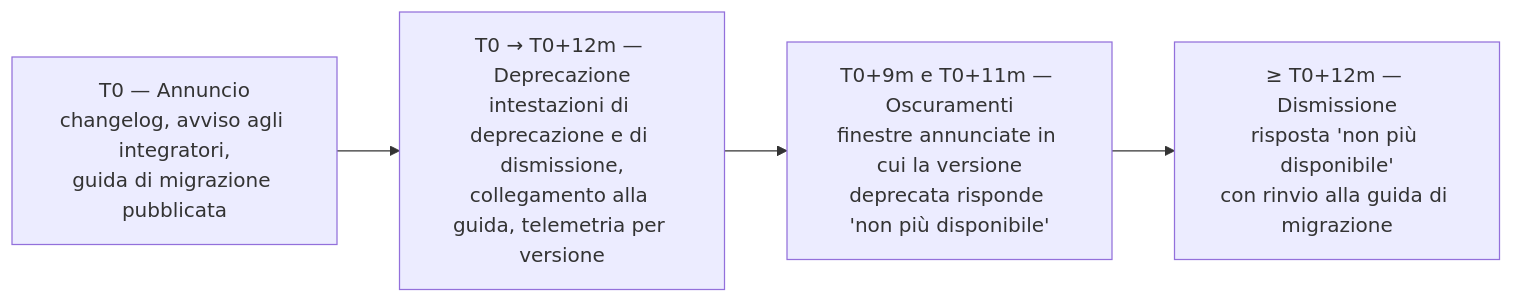
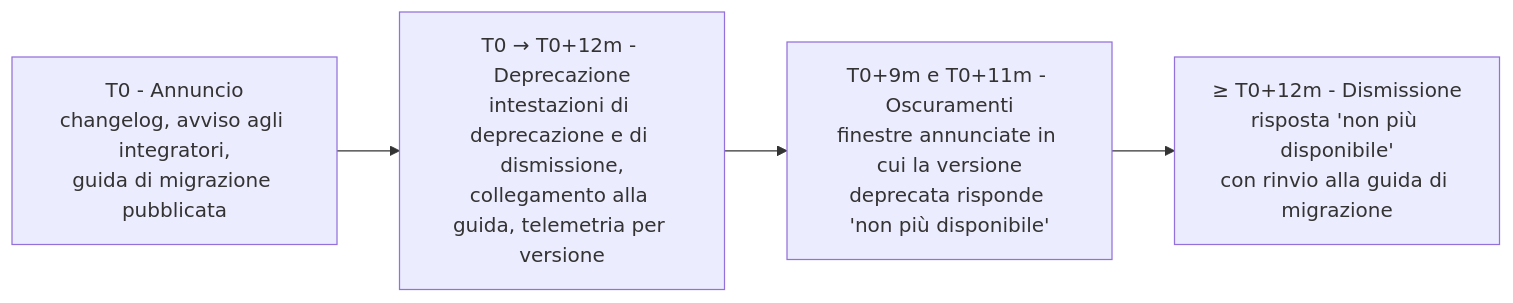
The diagram in docs/04_protocols/01-principi-di-interoperabilita.md (fedcal/Telemedic), drawn with Mermaid before and after one commit. The commit also changed other lines of this file and 301 other files, not shown here.

````diff
--- a/docs/04_protocols/01-principi-di-interoperabilita.md
+++ b/docs/04_protocols/01-principi-di-interoperabilita.md
@@ -329,8 +329,8 @@
 ```mermaid
 flowchart LR
-    A["T0 — Annuncio<br/>changelog, avviso agli integratori,<br/>guida di migrazione pubblicata"]
-    B["T0 → T0+12m — Deprecazione<br/>intestazioni di deprecazione e di dismissione,<br/>collegamento alla guida, telemetria per versione"]
-    C["T0+9m e T0+11m — Oscuramenti<br/>finestre annunciate in cui la versione<br/>deprecata risponde 'non più disponibile'"]
-    D["≥ T0+12m — Dismissione<br/>risposta 'non più disponibile'<br/>con rinvio alla guida di migrazione"]
+    A["T0 - Annuncio<br/>changelog, avviso agli integratori,<br/>guida di migrazione pubblicata"]
+    B["T0 → T0+12m - Deprecazione<br/>intestazioni di deprecazione e di dismissione,<br/>collegamento alla guida, telemetria per versione"]
+    C["T0+9m e T0+11m - Oscuramenti<br/>finestre annunciate in cui la versione<br/>deprecata risponde 'non più disponibile'"]
+    D["≥ T0+12m - Dismissione<br/>risposta 'non più disponibile'<br/>con rinvio alla guida di migrazione"]
     A --> B --> C --> D
 ```
````
